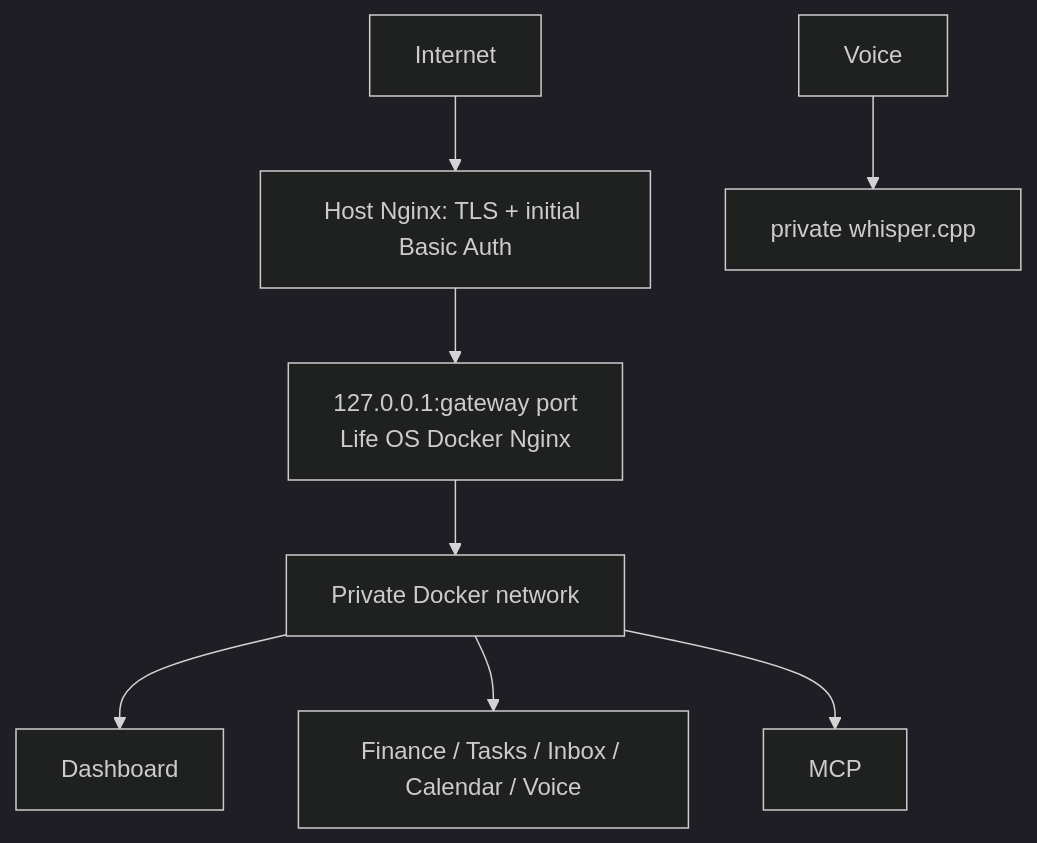
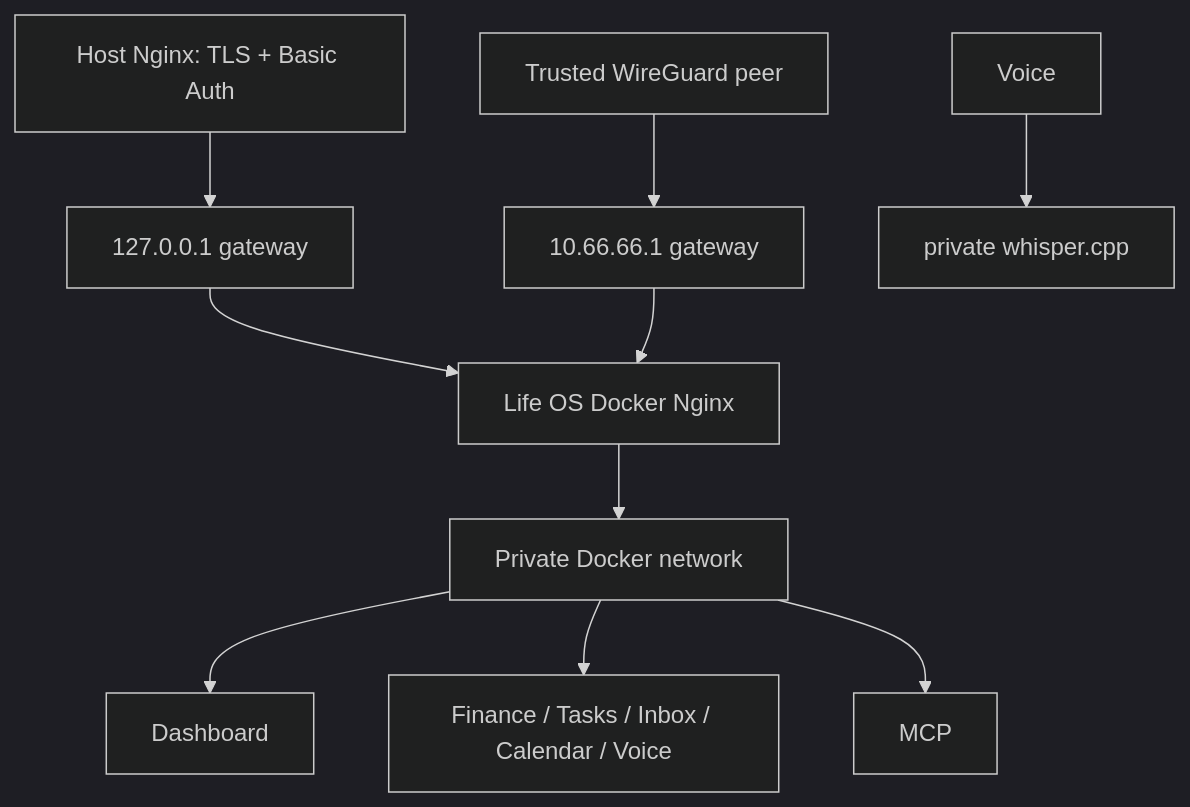
The diagram in docs/architecture/networking.md (GAMch1k/life-os), drawn with Mermaid (dark theme) before and after one commit. The commit also changed other lines of this file and 5 other files, not shown here.

Commit message:
P7-08 harden WireGuard gateway boundary

````diff
--- a/docs/architecture/networking.md
+++ b/docs/architecture/networking.md
@@ -3,10 +3,12 @@
 ```mermaid
 flowchart TB
- Internet --> Host[Host Nginx: TLS + initial Basic Auth]
- Host --> Gateway[127.0.0.1:gateway port\nLife OS Docker Nginx]
+ Host[Host Nginx: TLS + Basic Auth] --> Loopback[127.0.0.1 gateway]
+ WireGuard[Trusted WireGuard peer] --> WGGateway[10.66.66.1 gateway]
+ Loopback --> Gateway[Life OS Docker Nginx]
+ WGGateway --> Gateway
  Gateway --> Private[Private Docker network]
  Private --> Dashboard
  Private --> APIs[Finance / Tasks / Inbox / Calendar / Voice]
  Private --> MCP
  Voice --> Whisper[private whisper.cpp]
 ```
````
